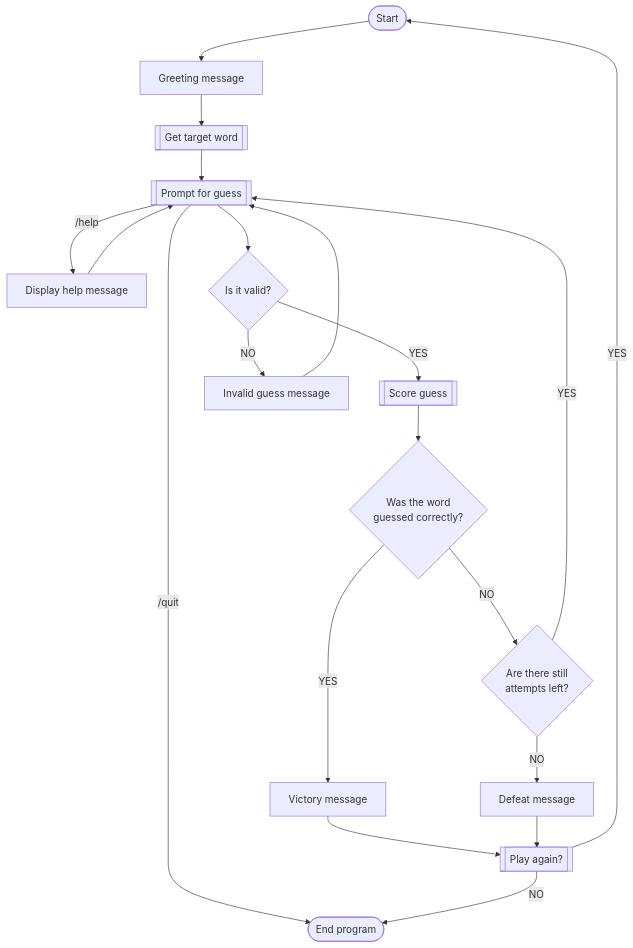
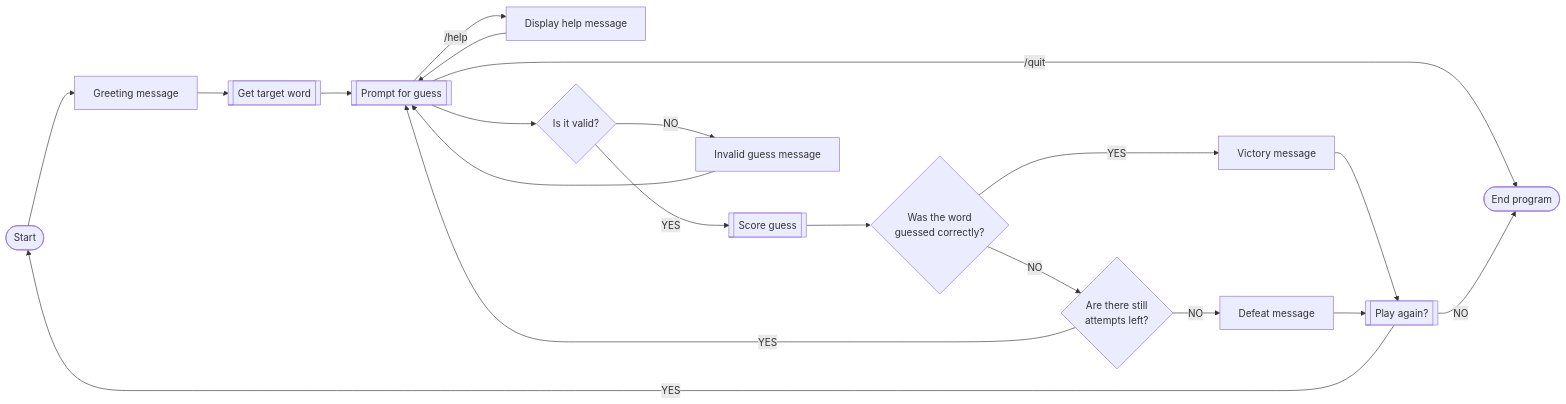
The first of 2 diagrams in readme.md (tumbleboy/wordle-game), drawn with Mermaid before and after one commit. The commit also changed other lines of this file and 1 other file, not shown here.

Commit message:
added end game code and score guess algorthim flowchart

````diff
--- a/readme.md
+++ b/readme.md
@@ -11,22 +11,22 @@
 ```mermaid
- flowchart TD
+ flowchart LR
     A([Start]) --> D[Greeting message]
     D --> B[[Get target word]]
     B --> E[[Prompt for guess]]
     E --> |/help| Z[Display help message]
     Z --> E
     E --> |/quit| M
     E --> F{Is it valid?}
     F --> |YES| G[[Score guess]]
     F --> |NO| H[Invalid guess message]
     H --> E
     G --> I{Was the word <br/> guessed correctly?}
     I --> |NO| K{Are there still <br/> attempts left?}
     I --> |YES| J[Victory message]
     K --> |YES| E
     K --> |NO| L[Defeat message]
     J --> C[[Play again?]]
     L --> C
     C --> |NO|M([End program])
     C --> |YES|A
 ```
````
